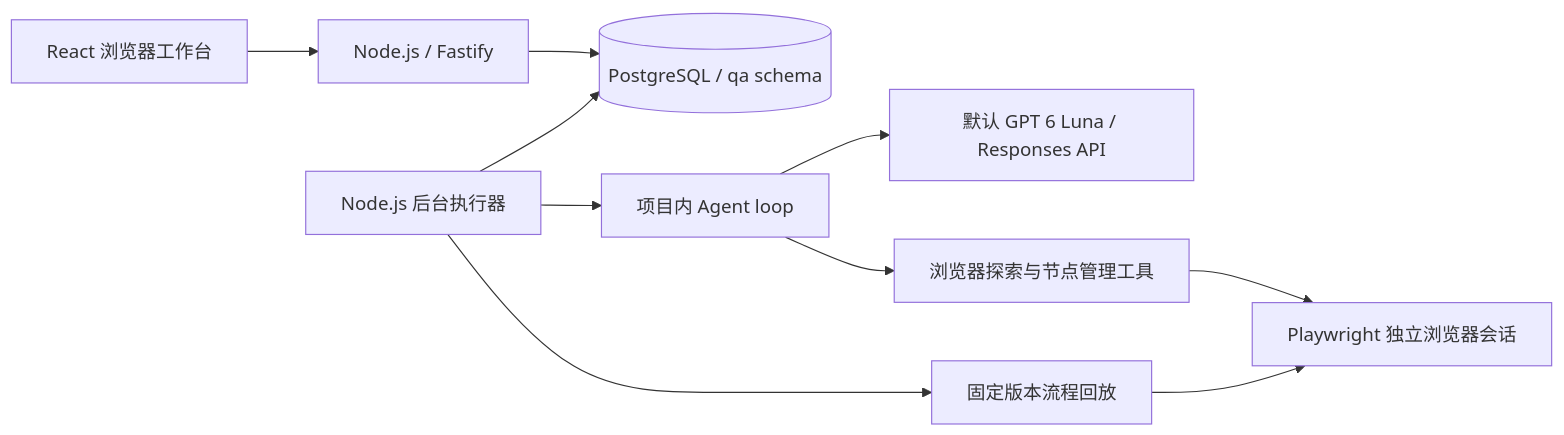
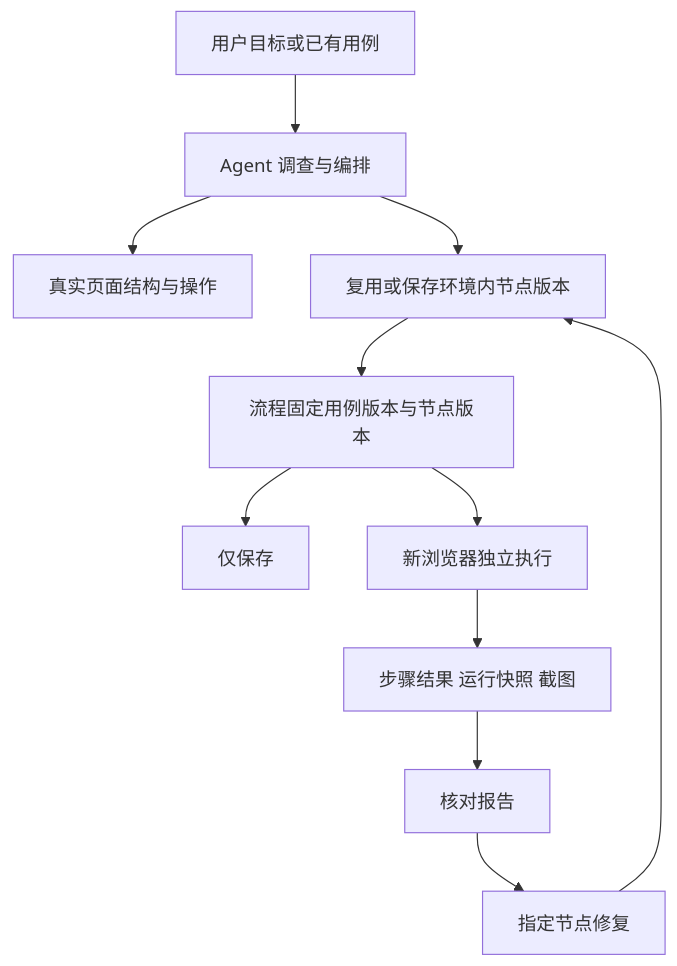
Diagram 14 of 23 in docs/architecture.md (silvermooooon/looplab-agent-testing), drawn with Mermaid before and after one commit. The commit also changed other lines of this file and 11 other files, not shown here.

Commit message:
Consolidate project architecture into one maintained handbook

````diff
--- a/docs/architecture.md
+++ b/docs/architecture.md
@@ -30,12 +598,13 @@
 ```mermaid
-flowchart LR
-  UI[React 浏览器工作台] --> API[Node.js / Fastify]
-  API --> PG[(PostgreSQL / qa schema)]
-  Worker[Node.js 后台执行器] --> PG
-  Worker --> Loop[项目内 Agent loop]
-  Loop --> Responses[默认 GPT 6 Luna / Responses API]
-  Loop --> Tools[浏览器探索与节点管理工具]
-  Worker --> Replay[固定版本流程回放]
-  Tools --> Browser[Playwright 独立浏览器会话]
-  Replay --> Browser
+flowchart TB
+  Goal[用户目标或已有用例] --> Agent[Agent 调查与编排]
+  Agent --> Inspect[真实页面结构与操作]
+  Agent --> Versions[复用或保存环境内节点版本]
+  Versions --> Flow[流程固定用例版本与节点版本]
+  Flow --> Save[仅保存]
+  Flow --> Replay[新浏览器独立执行]
+  Replay --> Evidence[步骤结果 运行快照 截图]
+  Evidence --> Review[核对报告]
+  Review --> Repair[指定节点修复]
+  Repair --> Versions
 ```
````
